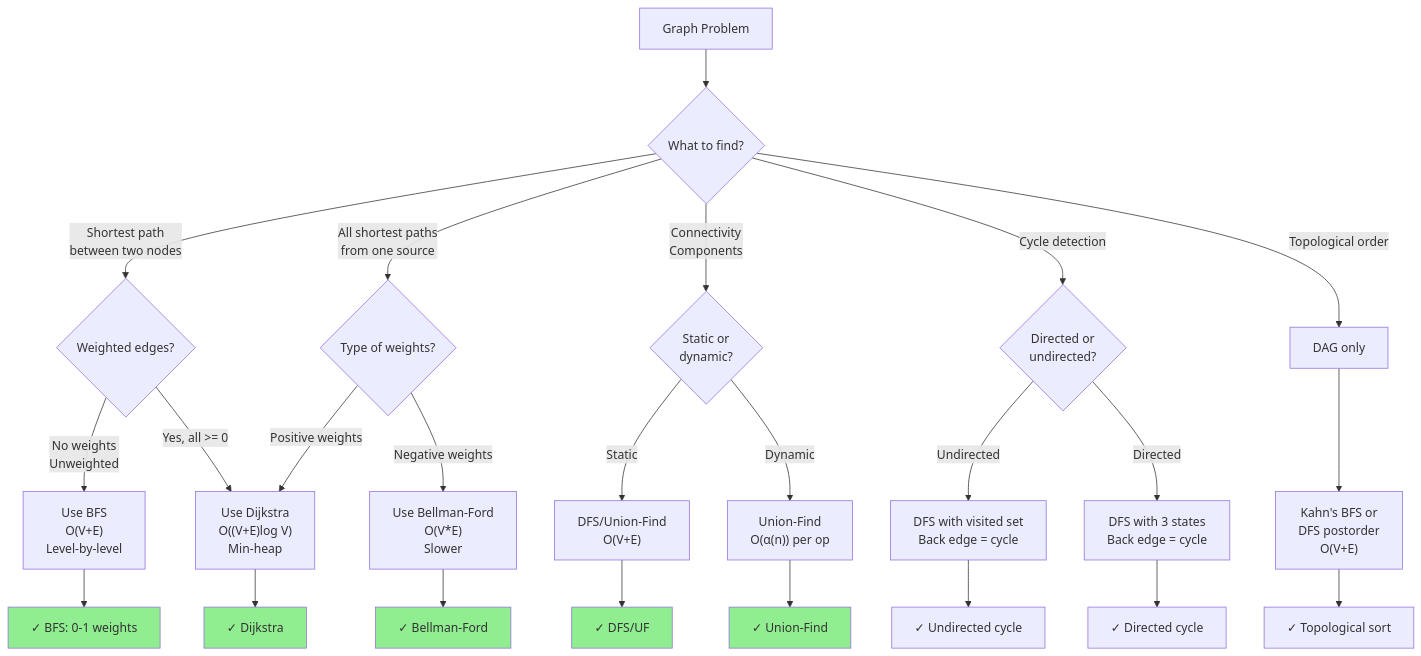
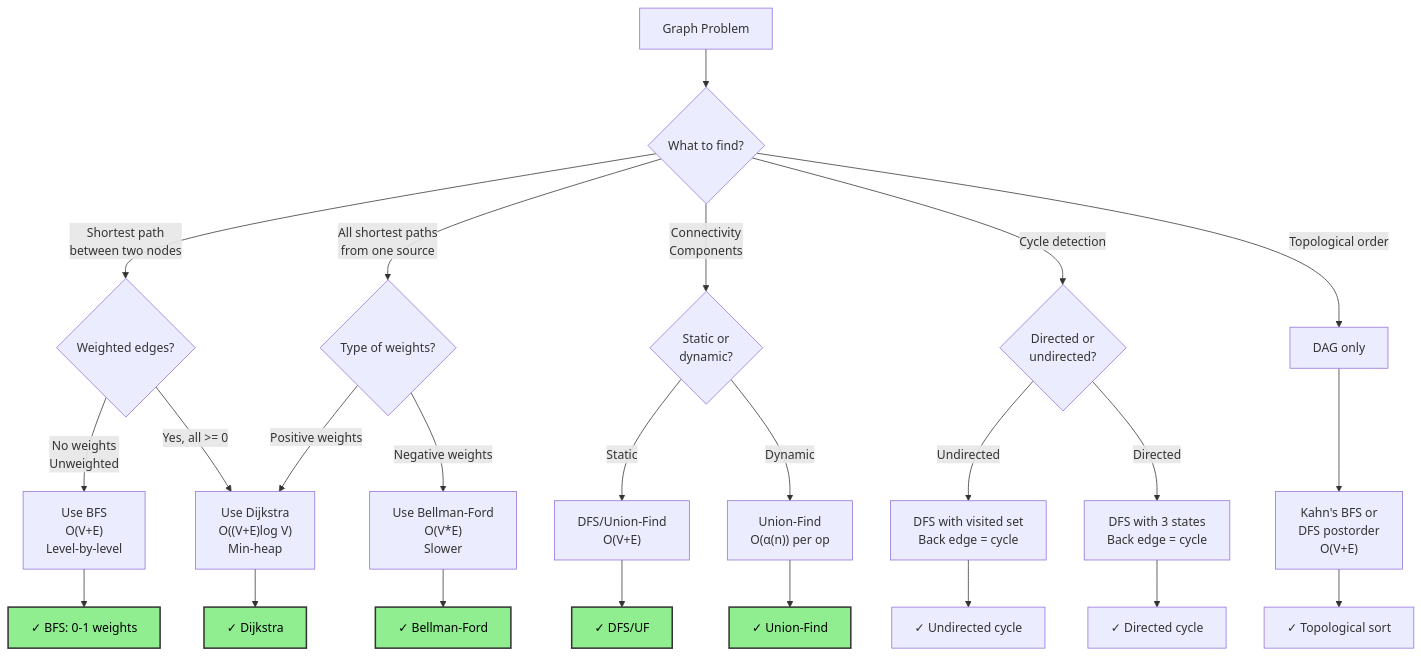
One commit to souradeepta/interviewprep changed the first of 3 diagrams in docs/advanced/graph.md. Above: the diagram before and after it, drawn with Mermaid. The commit also changed other lines of this file and 31 other files, not shown here.

Commit message:
updated graphs

````diff
--- a/docs/advanced/graph.md
+++ b/docs/advanced/graph.md
@@ -21,39 +21,39 @@
 ```mermaid
 graph TD
     A["Graph Problem"] --> B{"What to find?"}
     
     B -->|Shortest path<br/>between two nodes| C{"Weighted edges?"}
     B -->|All shortest paths<br/>from one source| D{"Type of weights?"}
     B -->|Connectivity<br/>Components| E{"Static or<br/>dynamic?"}
     B -->|Cycle detection| F{"Directed or<br/>undirected?"}
     B -->|Topological order| G["DAG only"]
     
     C -->|No weights<br/>Unweighted| H["Use BFS<br/>O(V+E)<br/>Level-by-level"]
     C -->|Yes, all >= 0| I["Use Dijkstra<br/>O((V+E)log V)<br/>Min-heap"]
     
     D -->|Positive weights| I
     D -->|Negative weights| J["Use Bellman-Ford<br/>O(V*E)<br/>Slower"]
     
     E -->|Static| K["DFS/Union-Find<br/>O(V+E)"]
     E -->|Dynamic| L["Union-Find<br/>O(α(n)) per op"]
     
     F -->|Undirected| M["DFS with visited set<br/>Back edge = cycle"]
     F -->|Directed| N["DFS with 3 states<br/>Back edge = cycle"]
     
     G --> O["Kahn's BFS or<br/>DFS postorder<br/>O(V+E)"]
     
     H --> P["✓ BFS: 0-1 weights"]
     I --> Q["✓ Dijkstra"]
     J --> R["✓ Bellman-Ford"]
     K --> S["✓ DFS/UF"]
     L --> T["✓ Union-Find"]
     M --> U["✓ Undirected cycle"]
     N --> V["✓ Directed cycle"]
     O --> W["✓ Topological sort"]
     
-    style P fill:#90EE90
-    style Q fill:#90EE90
-    style R fill:#90EE90
-    style S fill:#90EE90
-    style T fill:#90EE90
+    style P fill:#90ee90,color:#000,stroke:#333,stroke-width:2px
+    style Q fill:#90ee90,color:#000,stroke:#333,stroke-width:2px
+    style R fill:#90ee90,color:#000,stroke:#333,stroke-width:2px
+    style S fill:#90ee90,color:#000,stroke:#333,stroke-width:2px
+    style T fill:#90ee90,color:#000,stroke:#333,stroke-width:2px
 ```
````
